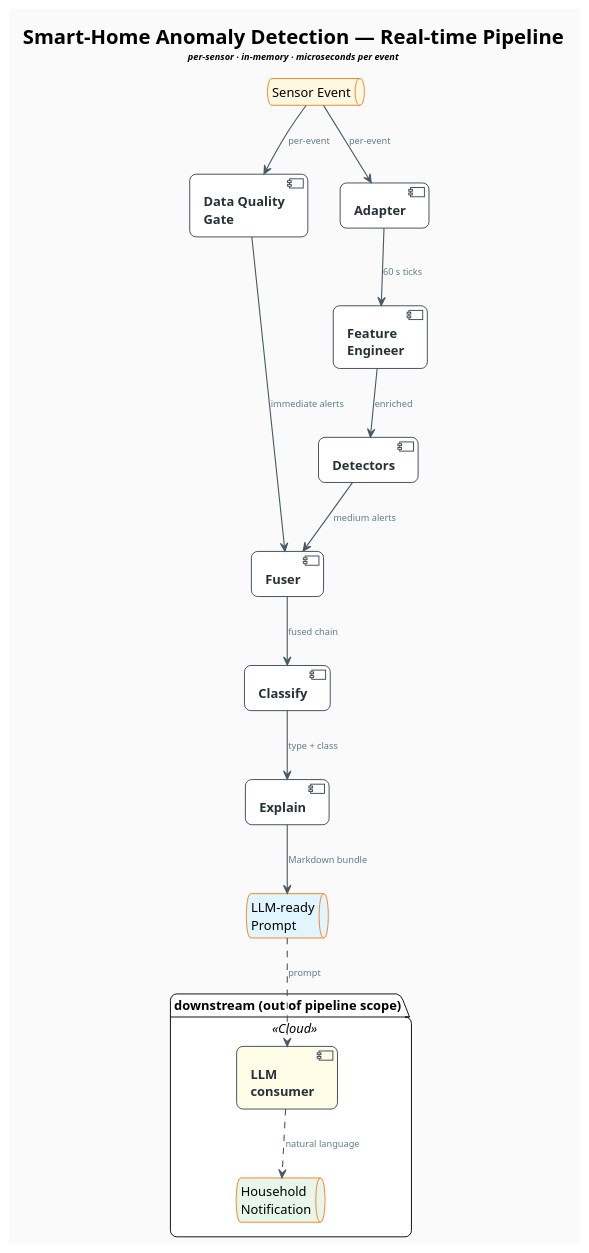
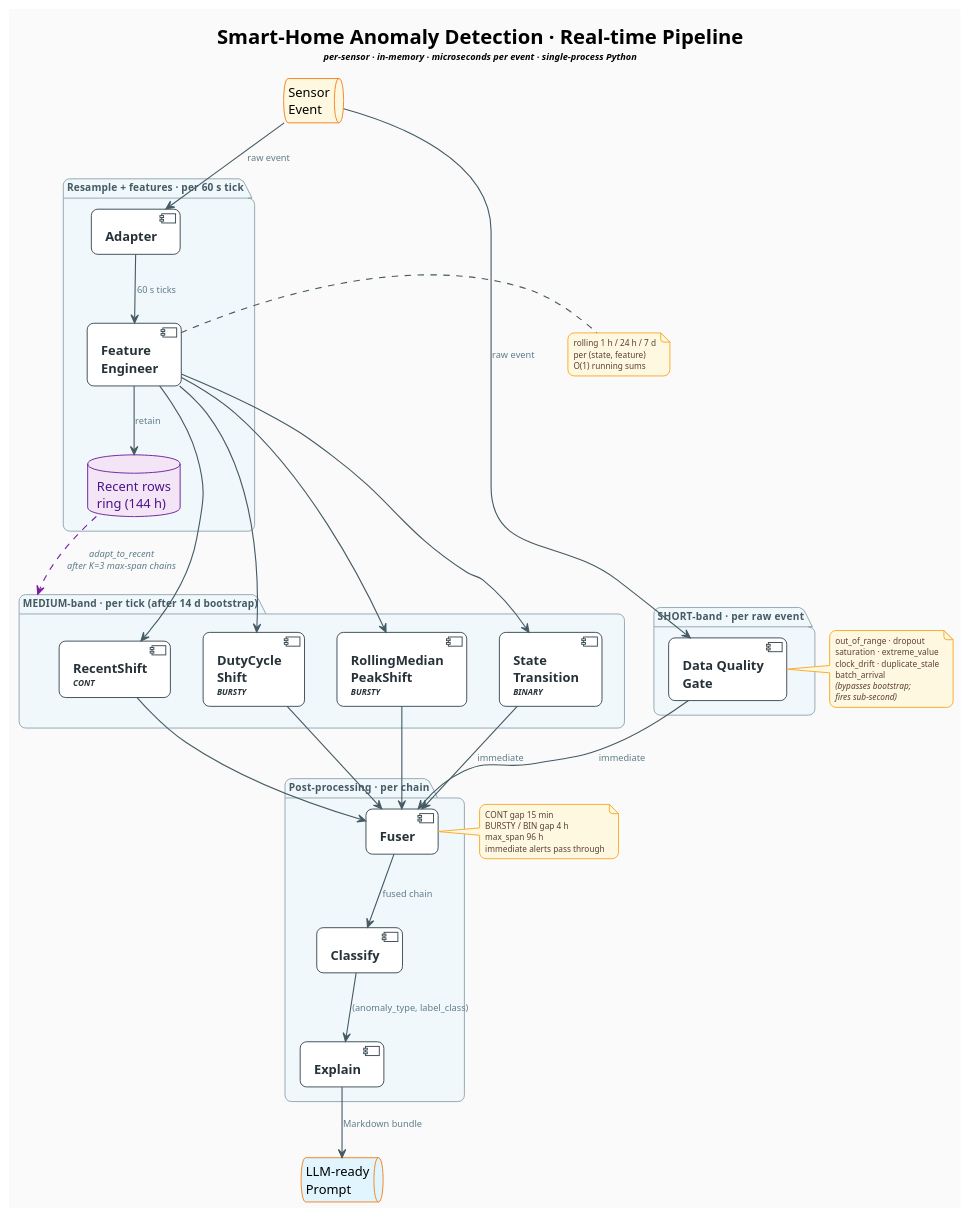
The diagram in pipeline_visuals.md (salt-n-ice/anomaly-detection), drawn with PlantUML before and after one commit. The commit also changed other lines of this file, not shown here.

Commit message:
docs(temp): juicier pipeline diagram, ends at LLM-ready prompt
Drop the downstream LLM/Notification cloud — pipeline terminates at
the prompt; what happens after is out of scope. In return, fatten
the upstream picture so the diagram doesn't read sparse:
- Group stages into four cadence-named packages (SHORT-band /
  Resample+features / MEDIUM-band / Post-processing).
- Split the single Detectors box into the four real classes with
  archetype badges (RecentShift CONT / DutyCycleShift BURSTY /
  RollingMedianPeakShift BURSTY / StateTransition BINARY).
- Add the recent-rows ring as a database node and the dashed
  adapt_to_recent feedback edge to the MEDIUM-band package.
- Add three parameter notes (DQG fire types, FeatureEngineer
  rolling structure, Fuser gaps + max_span).

````diff
--- a/pipeline_visuals.md
+++ b/pipeline_visuals.md
@@ -37,42 +37,105 @@
 skinparam ArrowFontColor #607D8B
 skinparam ArrowFontSize 10
 skinparam ArrowThickness 1.2
+
 skinparam ComponentBackgroundColor #FFFFFF
 skinparam ComponentBorderColor #37474F
 skinparam ComponentFontColor #263238
 skinparam ComponentFontStyle bold
+
 skinparam QueueBackgroundColor #FFF8E1
 skinparam QueueBorderColor #F57F17
 
-title <b>Smart-Home Anomaly Detection — Real-time Pipeline</b>\n<size:10><i>per-sensor · in-memory · microseconds per event</i></size>
+skinparam DatabaseBackgroundColor #F3E5F5
+skinparam DatabaseBorderColor #6A1B9A
+skinparam DatabaseFontColor #4A148C
 
-queue       "Sensor Event"      as Event
-component   "Data Quality\nGate" as DQG
-component   "Adapter"            as Adapter
-component   "Feature\nEngineer"  as FE
-component   "Detectors"          as Det
-component   "Fuser"              as Fuser
-component   "Classify"           as Classify
-component   "Explain"            as Explain
-queue       "LLM-ready\nPrompt"  as Prompt #E1F5FE
-
-' --- pipeline boundary ends at the prompt ---
-' Downstream LLM + user-facing notification are external consumers.
-package "downstream (out of pipeline scope)" <<Cloud>> {
-  component "LLM\nconsumer"           as LLM #FFFDE7
-  queue     "Household\nNotification" as Out #E8F5E9
+skinparam package {
+  BackgroundColor #F1F8FB
+  BorderColor #90A4AE
+  FontColor #455A64
+  FontStyle bold
+  FontSize 11
 }
 
-Event    --> DQG       : per-event
-Event    --> Adapter   : per-event
-Adapter  --> FE        : 60 s ticks
-FE       --> Det       : enriched
-Det      --> Fuser     : medium alerts
-DQG      --> Fuser     : immediate alerts
-Fuser    --> Classify  : fused chain
-Classify --> Explain   : type + class
-Explain  --> Prompt    : Markdown bundle
-Prompt  ..> LLM        : prompt
-LLM     ..> Out        : natural language
+skinparam note {
+  BackgroundColor #FFF8E1
+  BorderColor #F9A825
+  FontSize 9
+  FontColor #5D4037
+}
+
+title <b>Smart-Home Anomaly Detection · Real-time Pipeline</b>\n<size:10><i>per-sensor · in-memory · microseconds per event · single-process Python</i></size>
+
+queue "Sensor\nEvent" as Event
+
+package "SHORT-band  ·  per raw event" as P_SHORT {
+  component "Data Quality\nGate" as DQG
+}
+
+package "Resample + features  ·  per 60 s tick" as P_RESAMPLE {
+  component "Adapter" as Adapter
+  component "Feature\nEngineer" as FE
+  database "Recent rows\nring (144 h)" as RR
+}
+
+package "MEDIUM-band  ·  per tick (after 14 d bootstrap)" as P_MED {
+  component "RecentShift\n<size:9><i>CONT</i></size>" as RS
+  component "DutyCycle\nShift\n<size:9><i>BURSTY</i></size>" as DCS
+  component "RollingMedian\nPeakShift\n<size:9><i>BURSTY</i></size>" as RMP
+  component "State\nTransition\n<size:9><i>BINARY</i></size>" as ST
+}
+
+package "Post-processing  ·  per chain" as P_POST {
+  component "Fuser" as Fuser
+  component "Classify" as Classify
+  component "Explain" as Explain
+}
+
+queue "LLM-ready\nPrompt" as Prompt #E1F5FE
+
+Event   --> DQG       : raw event
+Event   --> Adapter   : raw event
+Adapter --> FE        : 60 s ticks
+FE      --> RS
+FE      --> DCS
+FE      --> RMP
+FE      --> ST
+FE      --> RR        : retain
+
+RR -[#7B1FA2,dashed]-> P_MED : <i>adapt_to_recent</i>\n<i>after K=3 max-span chains</i>
+
+DQG --> Fuser : immediate
+RS  --> Fuser
+DCS --> Fuser
+RMP --> Fuser
+ST  --> Fuser : immediate
+
+Fuser    --> Classify : fused chain
+Classify --> Explain  : (anomaly_type, label_class)
+Explain  --> Prompt   : Markdown bundle
+
+note right of DQG
+  out_of_range · dropout
+  saturation · extreme_value
+  clock_drift · duplicate_stale
+  batch_arrival
+  <i>(bypasses bootstrap;</i>
+  <i>fires sub-second)</i>
+end note
+
+note right of FE
+  rolling 1 h / 24 h / 7 d
+  per (state, feature)
+  O(1) running sums
+end note
+
+note right of Fuser
+  CONT gap 15 min
+  BURSTY / BIN gap 4 h
+  max_span 96 h
+  immediate alerts pass through
+end note
+
 @enduml
 ```
````
